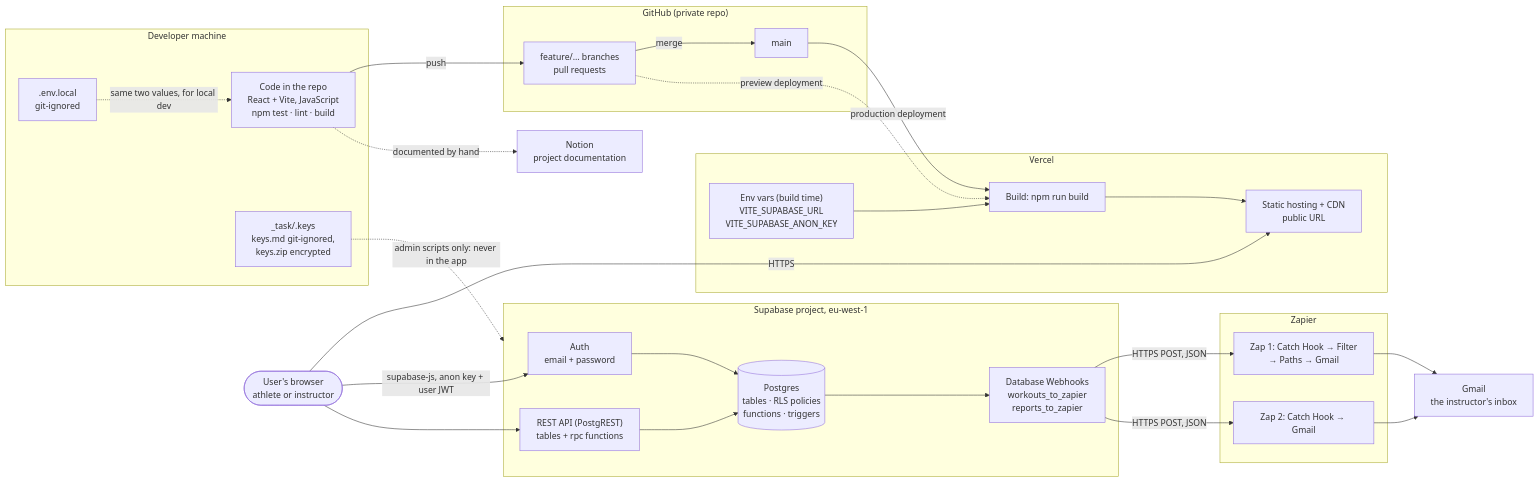
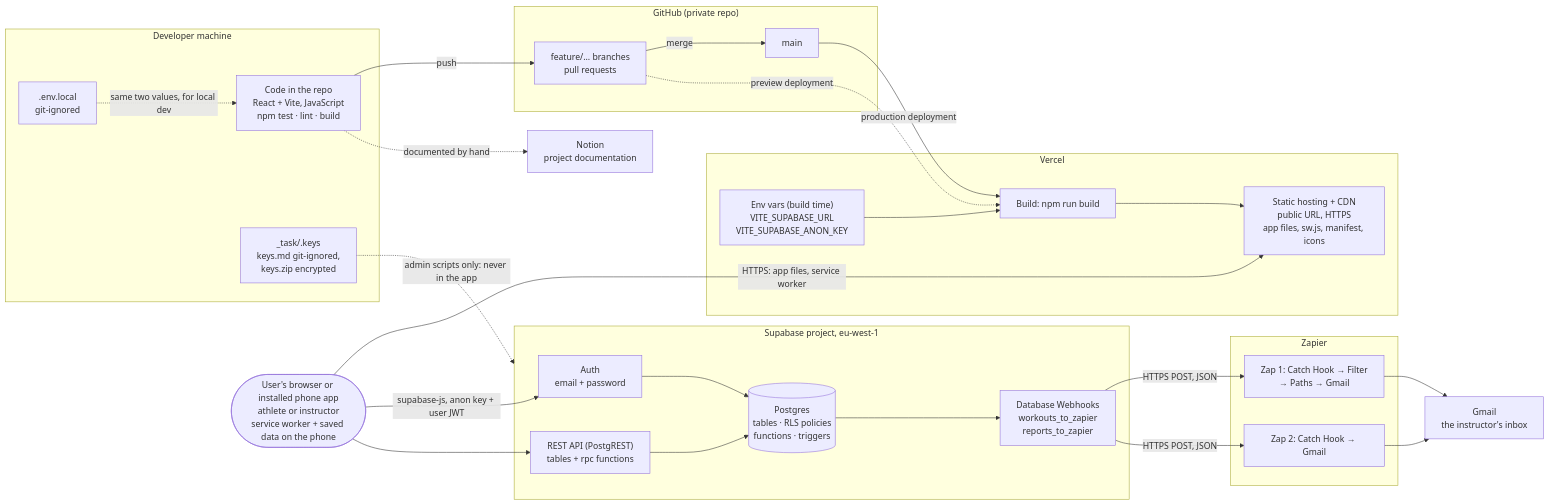
One commit to mse1987319-png/workout-log changed the second of 4 diagrams in docs/architecture.md. Above: the diagram before and after it, drawn with Mermaid. The commit also changed other lines of this file and 1 other file, not shown here.

First line of the commit message:
Add the mobile architecture (PWA) diagram and the phone pieces to the architecture docs

````diff
--- a/docs/architecture.md
+++ b/docs/architecture.md
@@ -115,56 +115,56 @@
 ```mermaid
 flowchart LR
   subgraph DEV["Developer machine"]
     CODE["Code in the repo<br/>React + Vite, JavaScript<br/>npm test · lint · build"]
     ENV[".env.local<br/>git-ignored"]
     KEYS["_task/.keys<br/>keys.md git-ignored,<br/>keys.zip encrypted"]
   end
 
   subgraph GH["GitHub (private repo)"]
     PR["feature/… branches<br/>pull requests"]
     MAIN["main"]
   end
 
   subgraph VERCEL["Vercel"]
     BUILD["Build: npm run build"]
-    CDN["Static hosting + CDN<br/>public URL"]
+    CDN["Static hosting + CDN<br/>public URL, HTTPS<br/>app files, sw.js, manifest, icons"]
     VENV["Env vars (build time)<br/>VITE_SUPABASE_URL<br/>VITE_SUPABASE_ANON_KEY"]
   end
 
-  USER(["User's browser<br/>athlete or instructor"])
+  USER(["User's browser or installed phone app<br/>athlete or instructor<br/>service worker + saved data on the phone"])
 
   subgraph SB["Supabase project, eu-west-1"]
     AUTH["Auth<br/>email + password"]
     API["REST API (PostgREST)<br/>tables + rpc functions"]
     DB[("Postgres<br/>tables · RLS policies<br/>functions · triggers")]
     HOOKS["Database Webhooks<br/>workouts_to_zapier<br/>reports_to_zapier"]
   end
 
   subgraph ZP["Zapier"]
     Z1["Zap 1: Catch Hook → Filter<br/>→ Paths → Gmail"]
     Z2["Zap 2: Catch Hook → Gmail"]
   end
 
   GMAIL["Gmail<br/>the instructor's inbox"]
   NOTION["Notion<br/>project documentation"]
 
   CODE -->|push| PR
   PR -->|"merge"| MAIN
   PR -.->|"preview deployment"| BUILD
   MAIN -->|"production deployment"| BUILD
   VENV --> BUILD
   BUILD --> CDN
-  USER -->|HTTPS| CDN
+  USER -->|"HTTPS: app files, service worker"| CDN
   USER -->|"supabase-js, anon key + user JWT"| AUTH
   USER --> API
   API --> DB
   AUTH --> DB
   DB --> HOOKS
   HOOKS -->|"HTTPS POST, JSON"| Z1
   HOOKS -->|"HTTPS POST, JSON"| Z2
   Z1 --> GMAIL
   Z2 --> GMAIL
   ENV -.->|"same two values, for local dev"| CODE
   KEYS -.->|"admin scripts only: never in the app"| SB
   CODE -.->|"documented by hand"| NOTION
 ```
````
